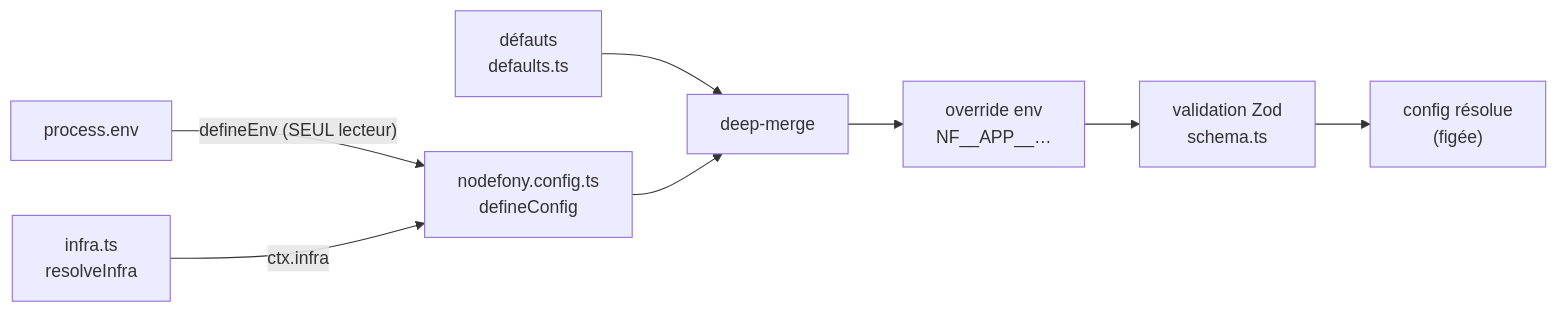
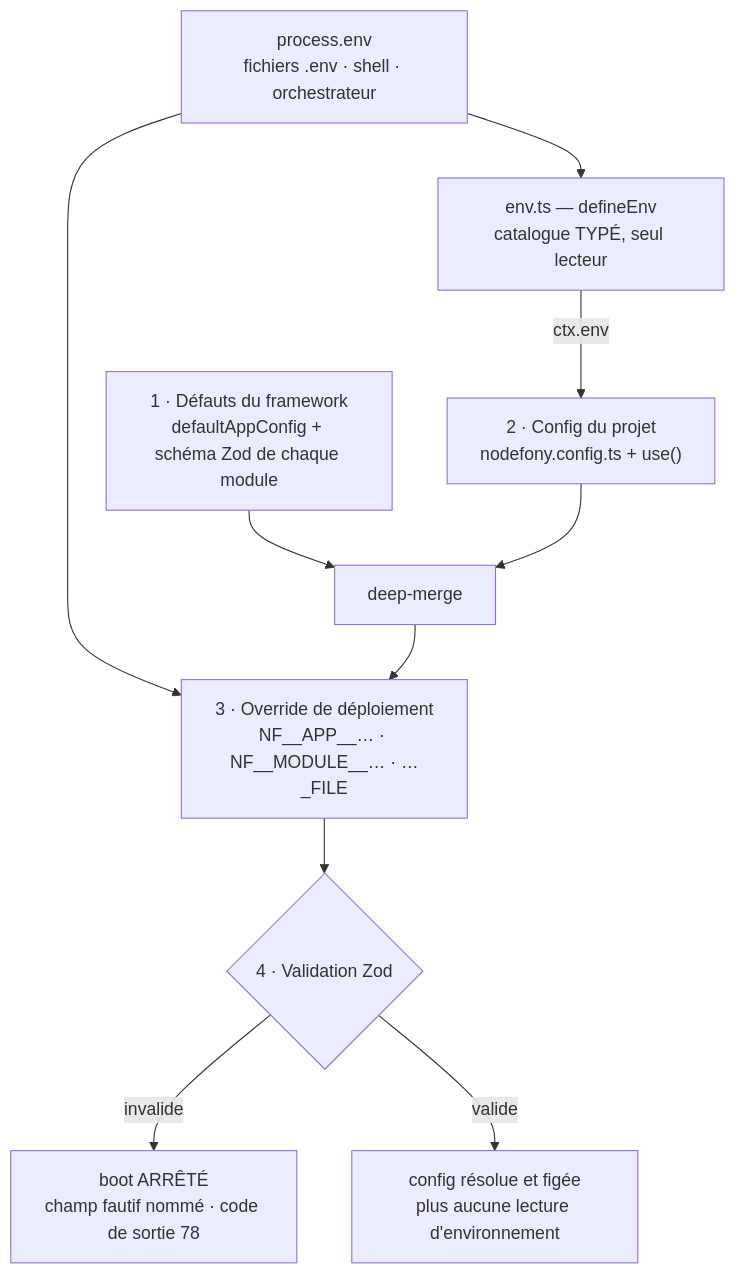
One commit to nodefony/nodefony-core changed the first of 2 diagrams in docs/architecture/configuration.md. Above: the diagram before and after it, drawn with Mermaid. The commit also changed other lines of this file and 16 other files, not shown here.

````diff
--- a/docs/architecture/configuration.md
+++ b/docs/architecture/configuration.md
@@ -28,10 +45,12 @@
 ```mermaid
-flowchart LR
-  D["défauts<br/>defaults.ts"] --> M["deep-merge"]
-  A["nodefony.config.ts<br/>defineConfig"] --> M
-  M --> E["override env<br/>NF__APP__…"]
-  E --> V["validation Zod<br/>schema.ts"]
-  V --> C["config résolue<br/>(figée)"]
-  ENV["process.env"] -->|"defineEnv (SEUL lecteur)"| A
-  INF["infra.ts<br/>resolveInfra"] -->|"ctx.infra"| A
+flowchart TD
+  D["1 · Défauts du framework<br/>defaultAppConfig + schéma Zod de chaque module"] --> M["deep-merge"]
+  A["2 · Config du projet<br/>nodefony.config.ts + use()"] --> M
+  SRC["process.env<br/>fichiers .env · shell · orchestrateur"] --> CAT["env.ts — defineEnv<br/>catalogue TYPÉ, seul lecteur"]
+  CAT -->|"ctx.env"| A
+  SRC --> O["3 · Override de déploiement<br/>NF__APP__… · NF__MODULE__… · …_FILE"]
+  M --> O
+  O --> V{"4 · Validation Zod"}
+  V -->|"invalide"| X["boot ARRÊTÉ<br/>champ fautif nommé · code de sortie 78"]
+  V -->|"valide"| R["config résolue et figée<br/>plus aucune lecture d'environnement"]
 ```
````
